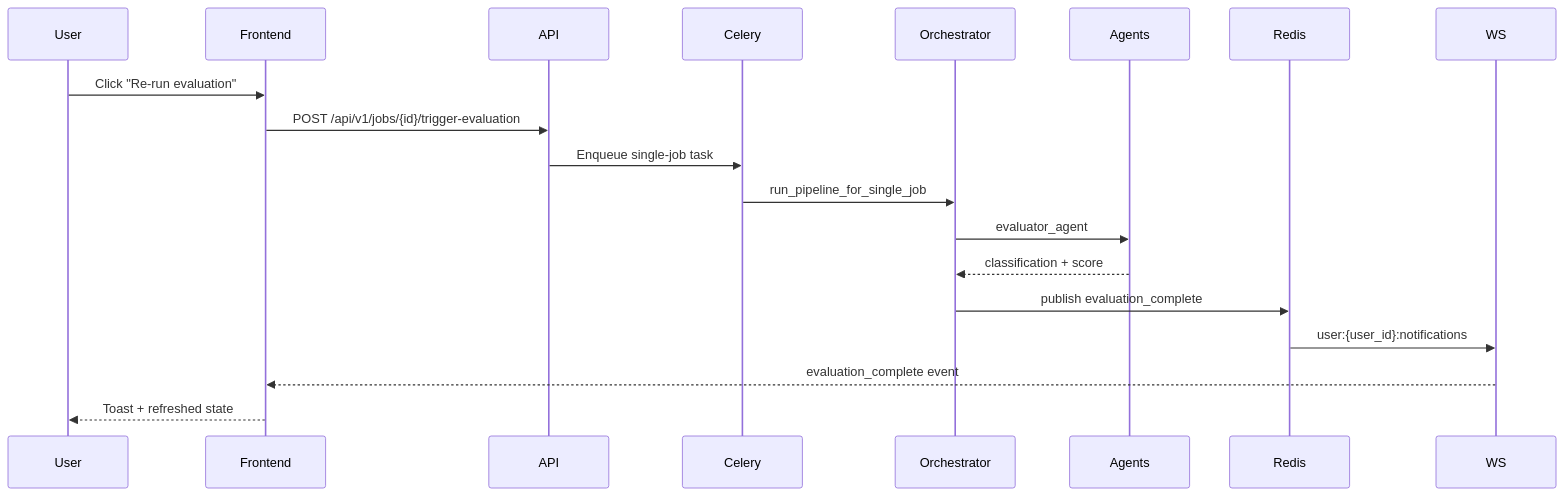
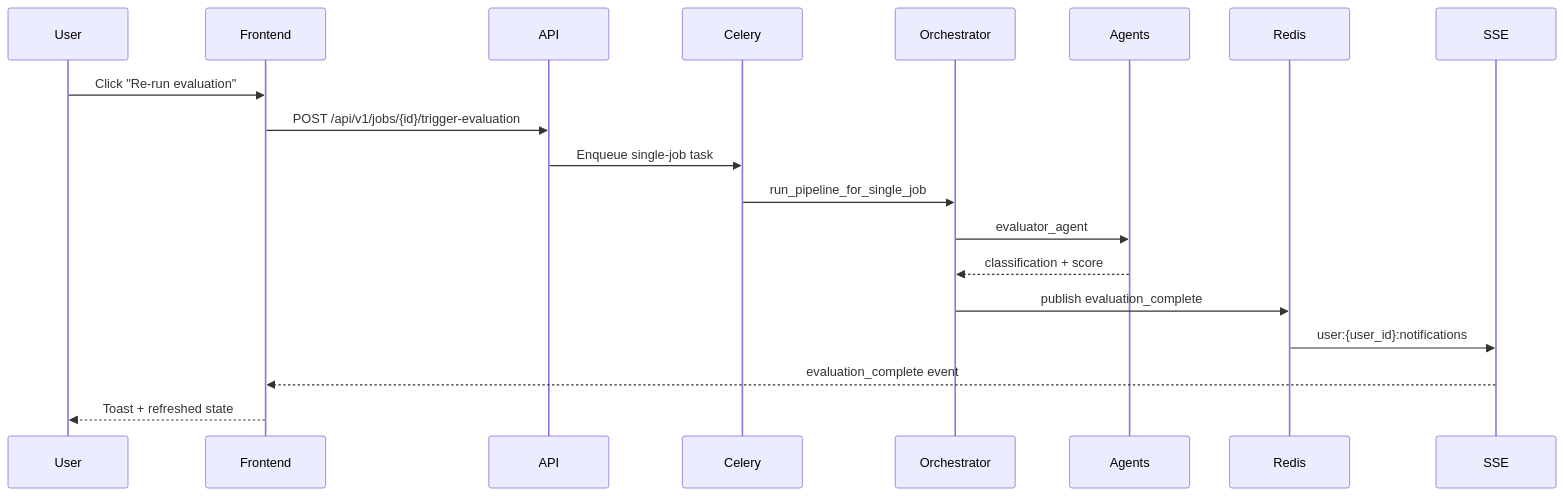
The fourth of 4 diagrams in docs/presentation/kaziro-5-10min-slides.md (Gathondu/kaziro), drawn with Mermaid before and after one commit. The commit also changed other lines of this file and 114 other files, not shown here.

````diff
--- a/docs/presentation/kaziro-5-10min-slides.md
+++ b/docs/presentation/kaziro-5-10min-slides.md
@@ -117,22 +117,22 @@
 ```mermaid
 sequenceDiagram
   participant User
   participant Frontend
   participant API
   participant Celery
   participant Orchestrator
   participant Agents
   participant Redis
-  participant WS
+  participant WS as SSE
 
   User->>Frontend: Click "Re-run evaluation"
   Frontend->>API: POST /api/v1/jobs/{id}/trigger-evaluation
   API->>Celery: Enqueue single-job task
   Celery->>Orchestrator: run_pipeline_for_single_job
   Orchestrator->>Agents: evaluator_agent
   Agents-->>Orchestrator: classification + score
   Orchestrator->>Redis: publish evaluation_complete
   Redis->>WS: user:{user_id}:notifications
   WS-->>Frontend: evaluation_complete event
   Frontend-->>User: Toast + refreshed state
 ```
````
